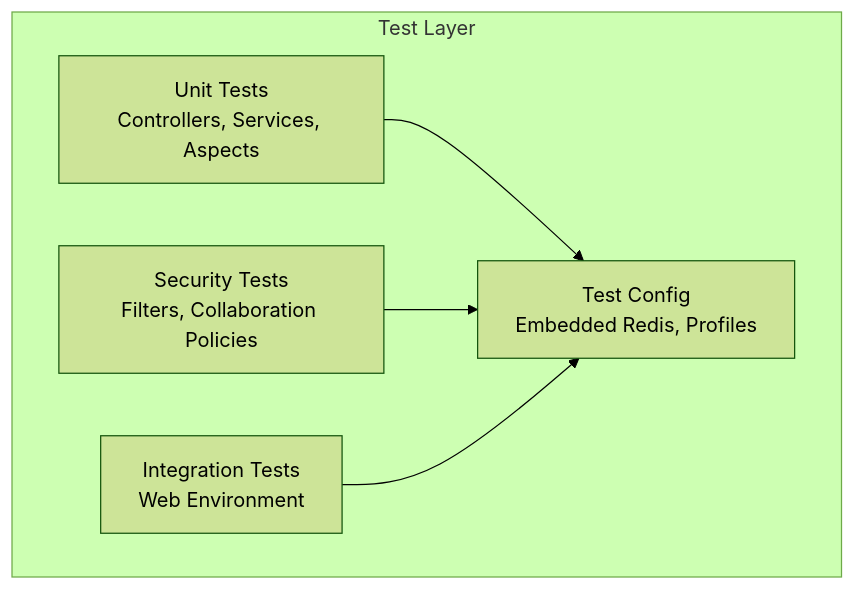
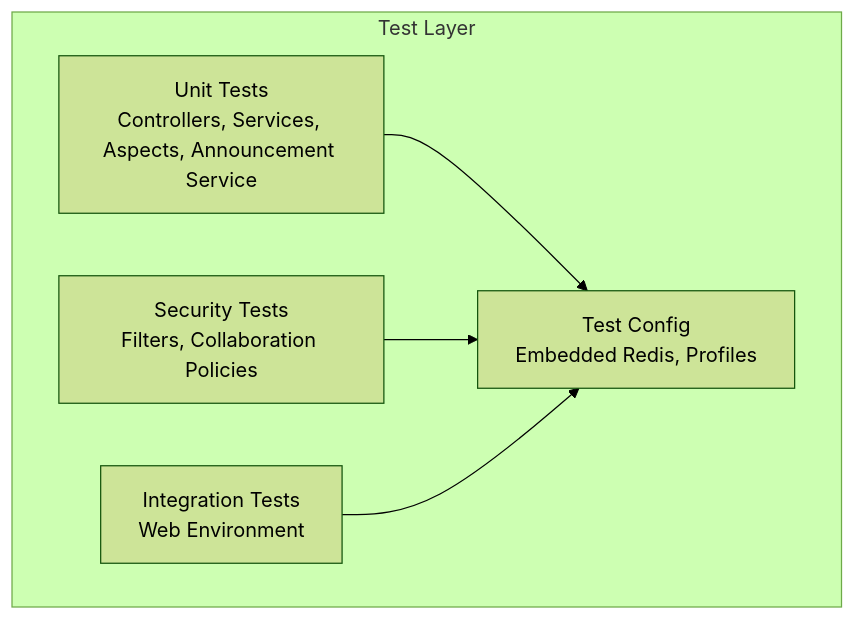
Before and after one commit to bo961386926/Survey-App: the first of 9 diagrams in .qoder/repowiki/en/content/Testing Strategy.md, drawn with Mermaid (forest theme). The commit also changed other lines of this file and 18 other files, not shown here.

````diff
--- a/.qoder/repowiki/en/content/Testing Strategy.md
+++ b/.qoder/repowiki/en/content/Testing Strategy.md
@@ -39,12 +55,12 @@
 ```mermaid
 graph TB
 subgraph "Test Layer"
-UT["Unit Tests<br/>Controllers, Services, Aspects"]
+UT["Unit Tests<br/>Controllers, Services, Aspects, Announcement Service"]
 SEC["Security Tests<br/>Filters, Collaboration Policies"]
 INT["Integration Tests<br/>Web Environment"]
 CFG["Test Config<br/>Embedded Redis, Profiles"]
 end
 UT --> CFG
 SEC --> CFG
 INT --> CFG
 ```
````
